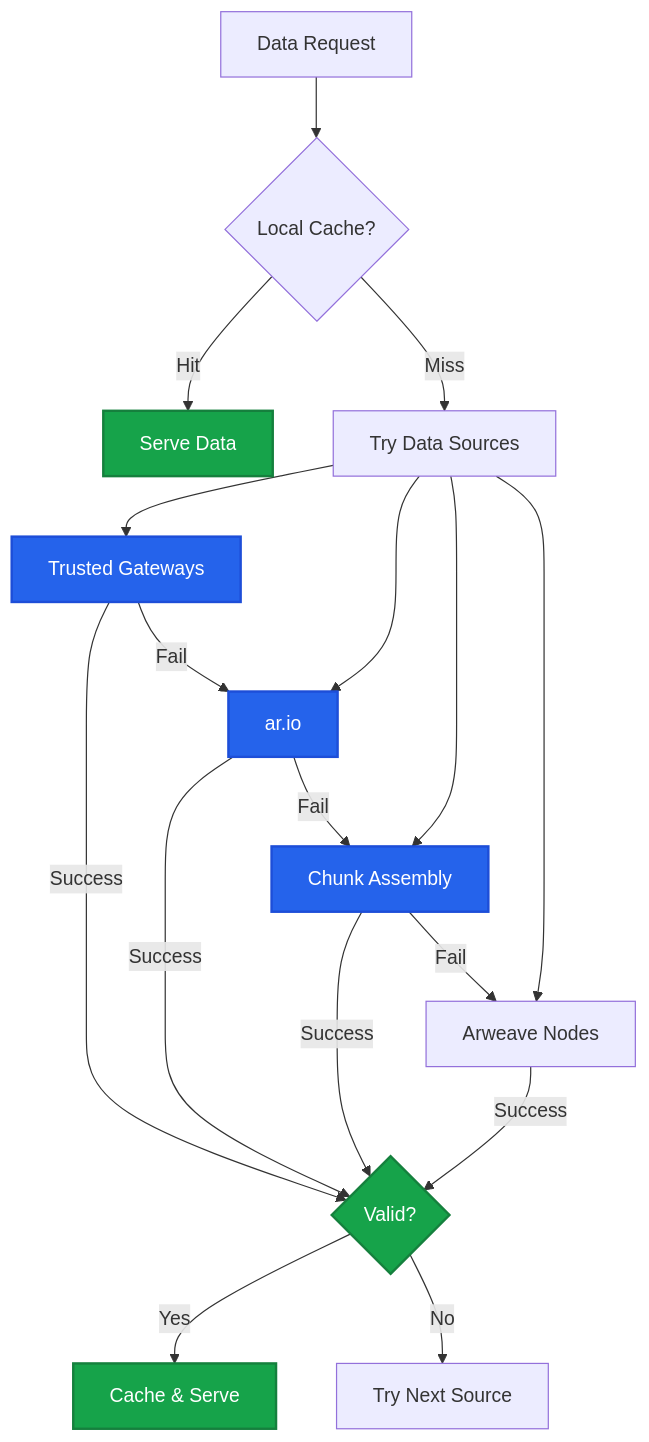
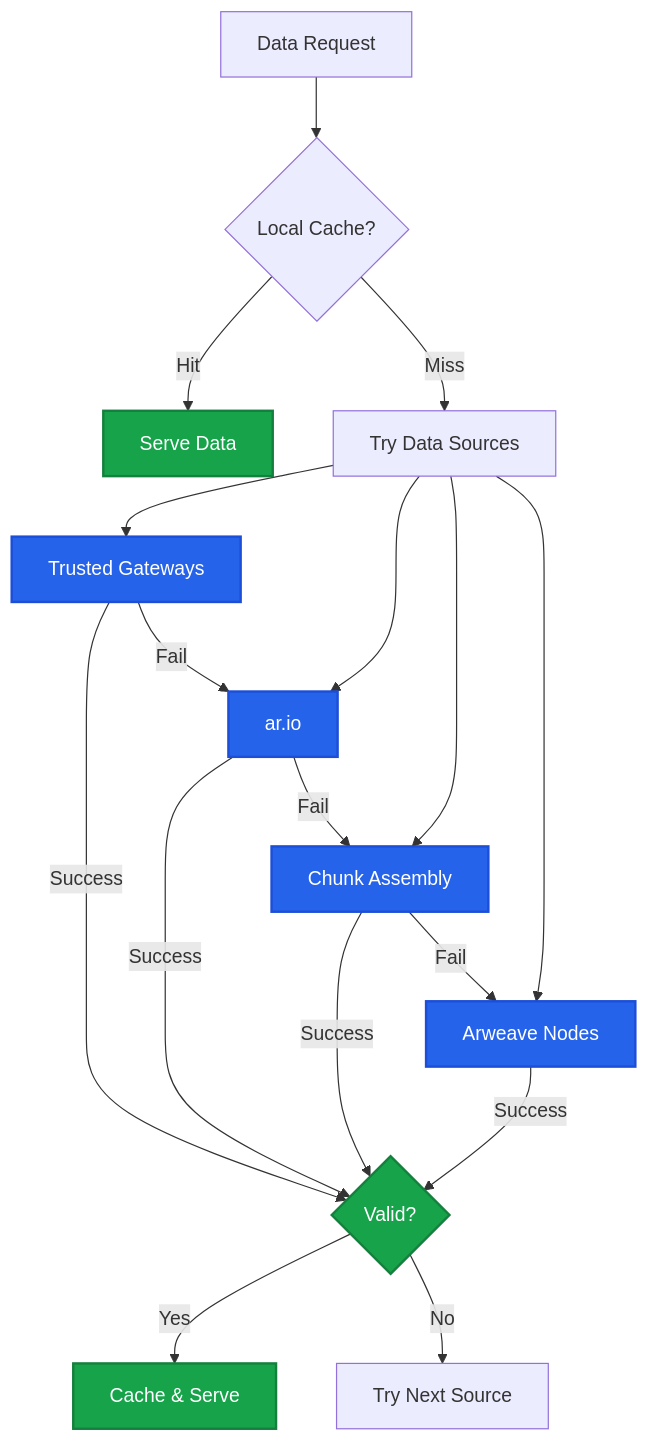
The first of 2 diagrams in content/learn/gateways/data-retrieval.mdx (ar-io/docs), drawn with Mermaid before and after one commit. The commit also changed other lines of this file and 13 other files, not shown here.

````diff
--- a/content/learn/gateways/data-retrieval.mdx
+++ b/content/learn/gateways/data-retrieval.mdx
@@ -14,29 +14,29 @@
 ```mermaid
 graph TD
     REQUEST[Data Request] --> CACHE{Local Cache?}
     CACHE -->|Hit| SERVE[Serve Data]
     CACHE -->|Miss| SOURCES[Try Data Sources]
     
     SOURCES --> TRUSTED[Trusted Gateways]
     SOURCES --> NETWORK[ar.io]
     SOURCES --> CHUNKS[Chunk Assembly]
     SOURCES --> ARWEAVE[Arweave Nodes]
     
     TRUSTED -->|Success| VALIDATE
     NETWORK -->|Success| VALIDATE
     CHUNKS -->|Success| VALIDATE
     ARWEAVE -->|Success| VALIDATE
     
     TRUSTED -->|Fail| NETWORK
     NETWORK -->|Fail| CHUNKS
     CHUNKS -->|Fail| ARWEAVE
     
     VALIDATE{Valid?} -->|Yes| STORE[Cache & Serve]
     VALIDATE -->|No| NEXT[Try Next Source]
     
     classDef source fill:#2563eb,stroke:#1d4ed8,stroke-width:2px,color:#fff
     classDef process fill:#16a34a,stroke:#15803d,stroke-width:2px,color:#fff
     
-    class TRUSTED,NETWORK,CHUNKS,TXDATA source
+    class TRUSTED,NETWORK,CHUNKS,ARWEAVE source
     class VALIDATE,SERVE,STORE process
 ```
````
